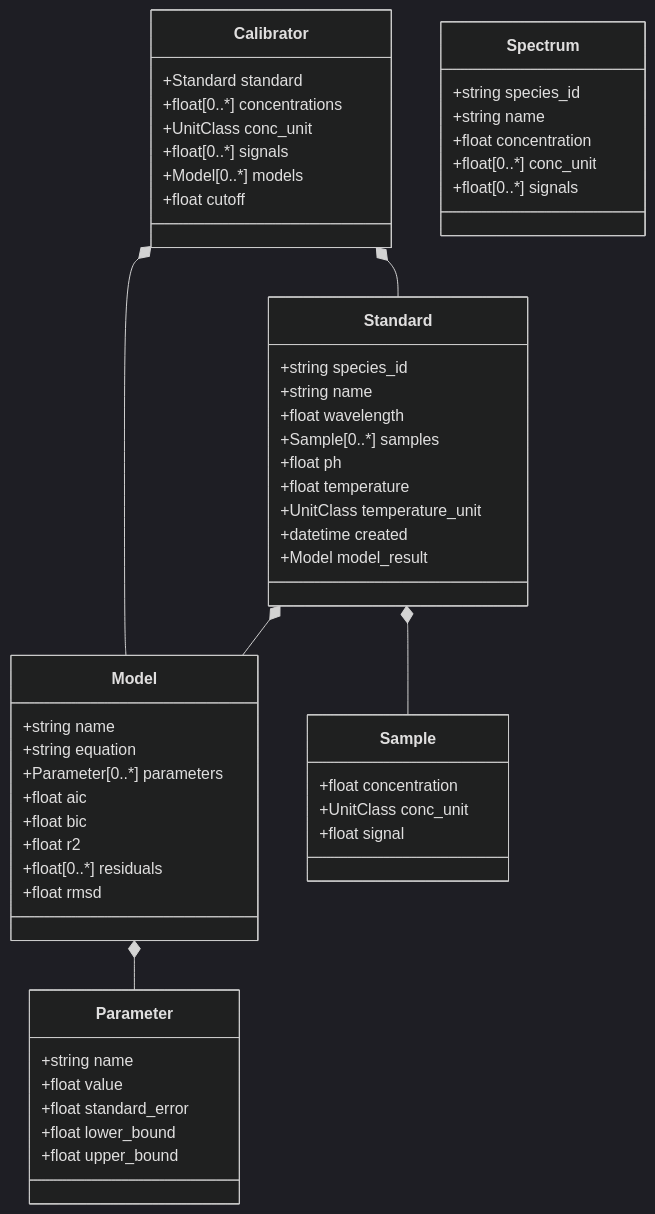
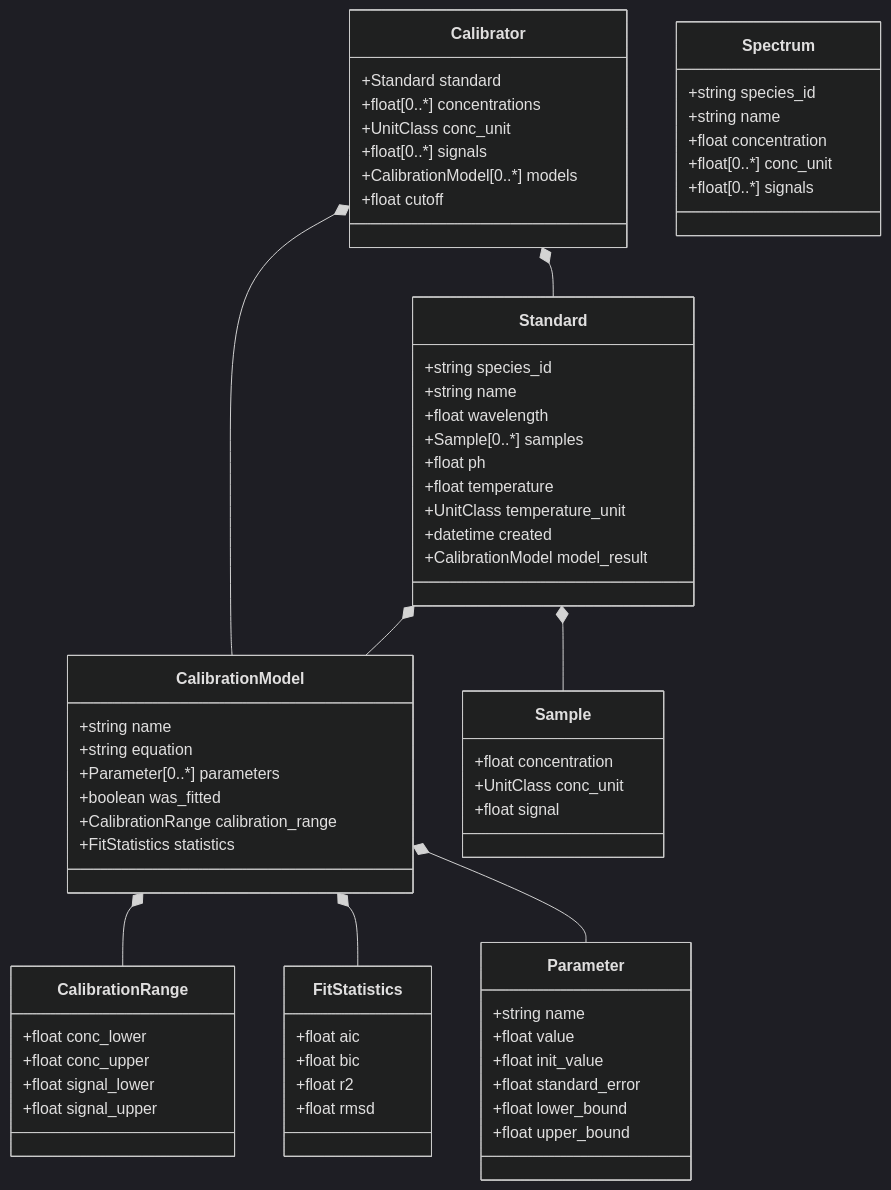
The diagram in CaliPytion/schemes/calipytion_schema.md (FAIRChemistry/datamodel_calibration), drawn with Mermaid (dark theme) before and after one commit. The commit also changed 14 other files, not shown here.

````diff
--- a/CaliPytion/schemes/calipytion_schema.md
+++ b/CaliPytion/schemes/calipytion_schema.md
@@ -1,63 +1,78 @@
 ```mermaid
 classDiagram
     Calibrator *-- Standard
-    Calibrator *-- Model
+    Calibrator *-- CalibrationModel
     Standard *-- Sample
-    Standard *-- Model
-    Model *-- Parameter
+    Standard *-- CalibrationModel
+    CalibrationModel *-- CalibrationRange
+    CalibrationModel *-- FitStatistics
+    CalibrationModel *-- Parameter
     
     class Calibrator {
         +Standard standard
         +float[0..*] concentrations
         +UnitClass conc_unit
         +float[0..*] signals
-        +Model[0..*] models
+        +CalibrationModel[0..*] models
         +float cutoff
     }
     
     class Standard {
         +string species_id
         +string name
         +float wavelength
         +Sample[0..*] samples
         +float ph
         +float temperature
         +UnitClass temperature_unit
         +datetime created
-        +Model model_result
+        +CalibrationModel model_result
     }
     
     class Sample {
         +float concentration
         +UnitClass conc_unit
         +float signal
     }
     
-    class Model {
+    class CalibrationModel {
         +string name
         +string equation
         +Parameter[0..*] parameters
+        +boolean was_fitted
+        +CalibrationRange calibration_range
+        +FitStatistics statistics
+    }
+    
+    class CalibrationRange {
+        +float conc_lower
+        +float conc_upper
+        +float signal_lower
+        +float signal_upper
+    }
+    
+    class FitStatistics {
         +float aic
         +float bic
         +float r2
-        +float[0..*] residuals
         +float rmsd
     }
     
     class Parameter {
         +string name
         +float value
+        +float init_value
         +float standard_error
         +float lower_bound
         +float upper_bound
     }
     
     class Spectrum {
         +string species_id
         +string name
         +float concentration
         +float[0..*] conc_unit
         +float[0..*] signals
     }
     
 ```
````
